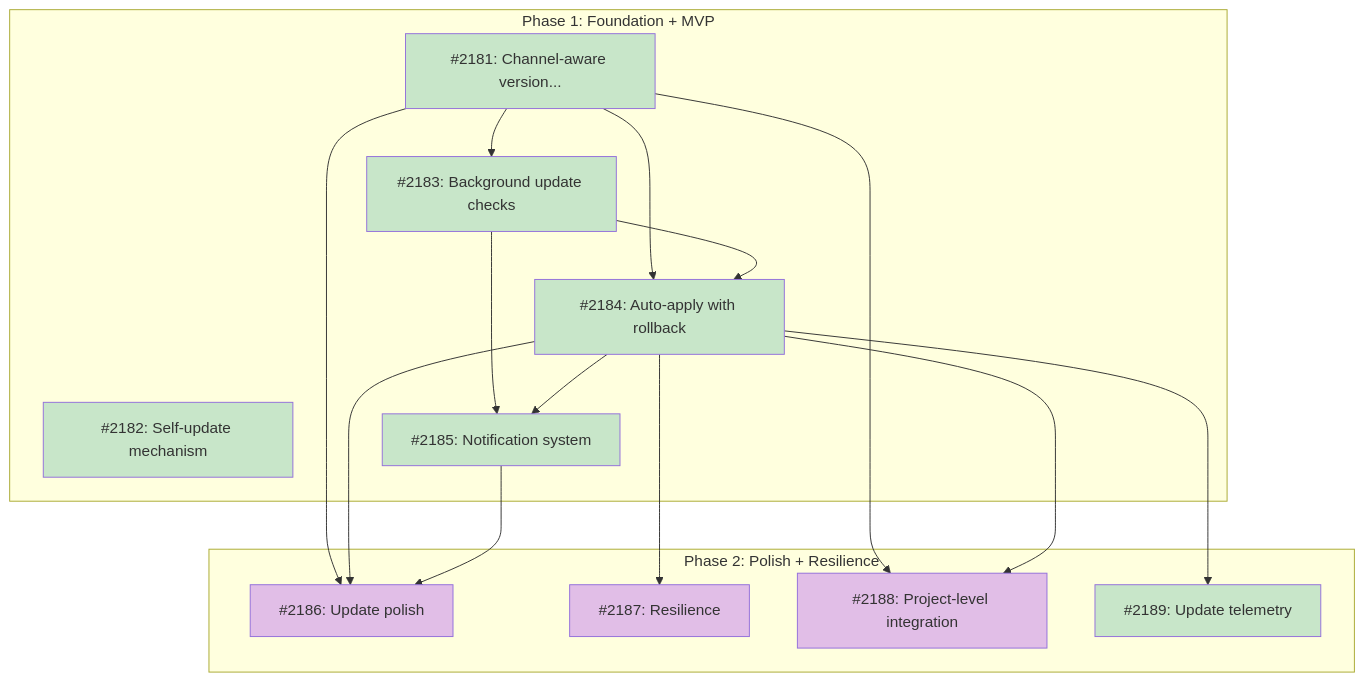
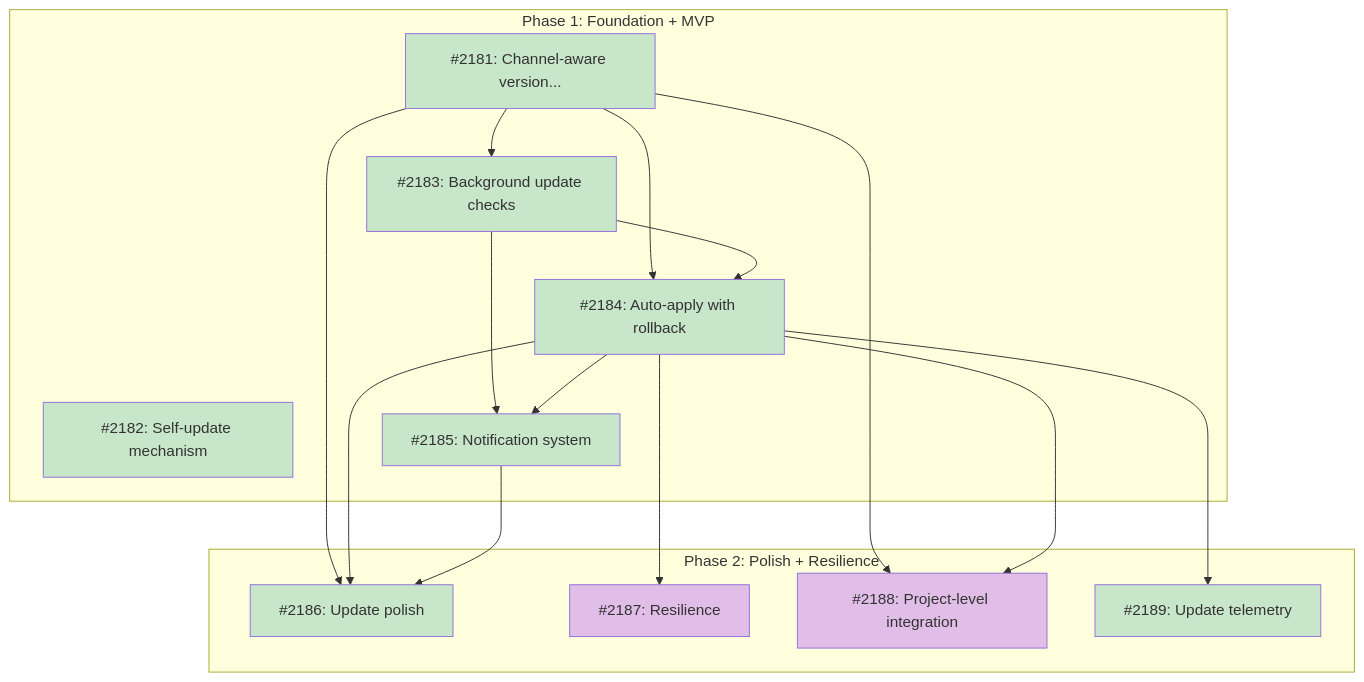
The diagram in docs/roadmaps/ROADMAP-auto-update.md (tsukumogami/tsuku), drawn with Mermaid before and after one commit. The commit also changed other lines of this file and 3 other files, not shown here.

````diff
--- a/docs/roadmaps/ROADMAP-auto-update.md
+++ b/docs/roadmaps/ROADMAP-auto-update.md
@@ -150,43 +150,43 @@
 ```mermaid
 graph TD
     subgraph Phase1["Phase 1: Foundation + MVP"]
         I2181["#2181: Channel-aware version..."]
         I2182["#2182: Self-update mechanism"]
         I2183["#2183: Background update checks"]
         I2184["#2184: Auto-apply with rollback"]
         I2185["#2185: Notification system"]
     end
 
     subgraph Phase2["Phase 2: Polish + Resilience"]
         I2186["#2186: Update polish"]
         I2187["#2187: Resilience"]
         I2188["#2188: Project-level integration"]
         I2189["#2189: Update telemetry"]
     end
 
     I2181 --> I2183
     I2181 --> I2184
     I2183 --> I2184
     I2183 --> I2185
     I2184 --> I2185
     I2181 --> I2186
     I2184 --> I2186
     I2185 --> I2186
     I2184 --> I2187
     I2181 --> I2188
     I2184 --> I2188
     I2184 --> I2189
 
     classDef done fill:#c8e6c9
     classDef ready fill:#bbdefb
     classDef blocked fill:#fff9c4
     classDef needsDesign fill:#e1bee7
     classDef needsPrd fill:#b3e5fc
     classDef needsSpike fill:#ffcdd2
     classDef needsDecision fill:#d1c4e9
     classDef tracksDesign fill:#FFE0B2,stroke:#F57C00,color:#000
     classDef tracksPlan fill:#FFE0B2,stroke:#F57C00,color:#000
 
-    class I2181,I2182,I2183,I2184,I2185,I2189 done
-    class I2186,I2187,I2188 needsDesign
+    class I2181,I2182,I2183,I2184,I2185,I2186,I2189 done
+    class I2187,I2188 needsDesign
 ```
````
